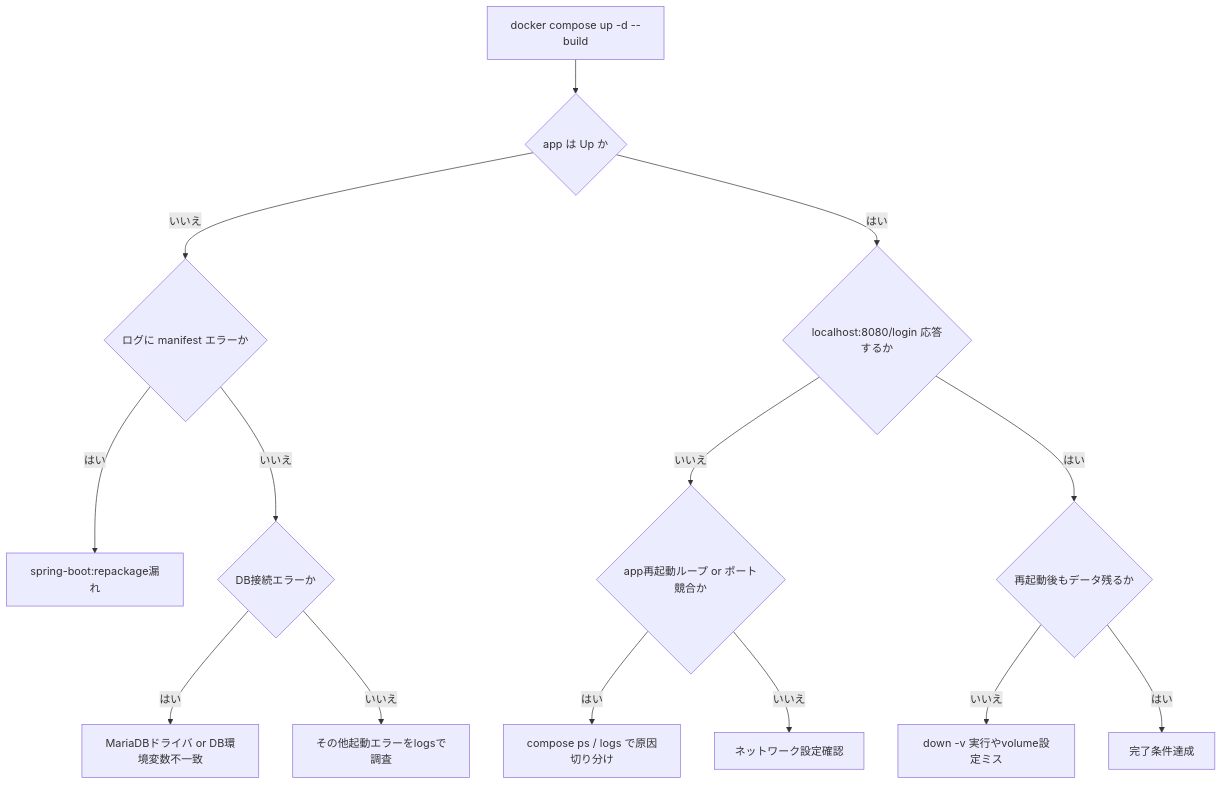
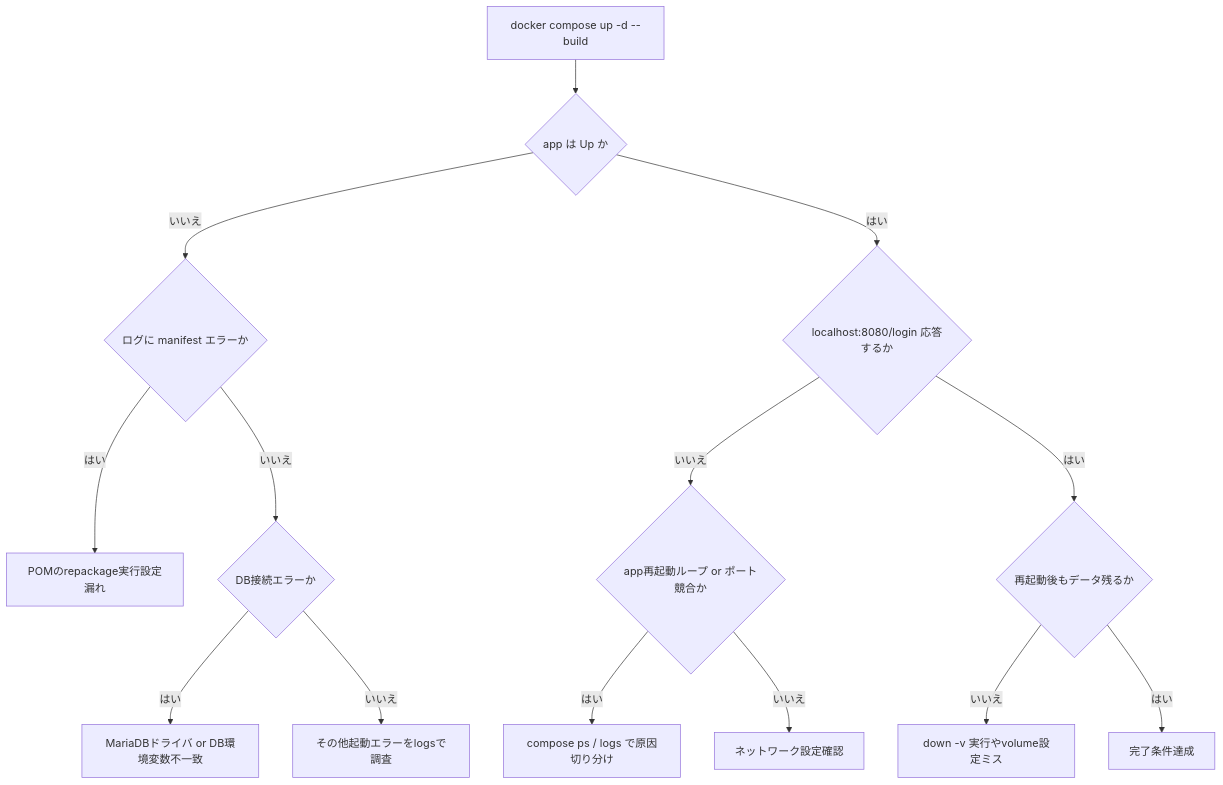
One commit to kiyomiya38/order-management-springboot changed the third of 3 diagrams in docs/curriculum/springboot/lesson07/lesson7.md. Above: the diagram before and after it, drawn with Mermaid. The commit also changed other lines of this file and 118 other files, not shown here.

````diff
--- a/docs/curriculum/springboot/lesson07/lesson7.md
+++ b/docs/curriculum/springboot/lesson07/lesson7.md
@@ -92,18 +92,18 @@
 ```mermaid
 flowchart TD
   A[docker compose up -d --build] --> B{app は Up か}
   B -->|いいえ| C{ログに manifest エラーか}
-  C -->|はい| E1[spring-boot:repackage漏れ]
+  C -->|はい| E1[POMのrepackage実行設定漏れ]
   C -->|いいえ| D{DB接続エラーか}
   D -->|はい| E2[MariaDBドライバ or DB環境変数不一致]
   D -->|いいえ| E3[その他起動エラーをlogsで調査]
 
   B -->|はい| F{localhost:8080/login 応答するか}
   F -->|いいえ| G{app再起動ループ or ポート競合か}
   G -->|はい| E4[compose ps / logs で原因切り分け]
   G -->|いいえ| E5[ネットワーク設定確認]
 
   F -->|はい| H{再起動後もデータ残るか}
   H -->|いいえ| E6[down -v 実行やvolume設定ミス]
   H -->|はい| OK[完了条件達成]
 ```
````
